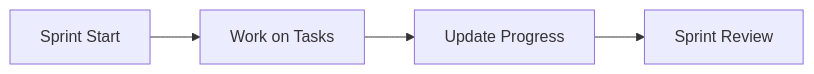
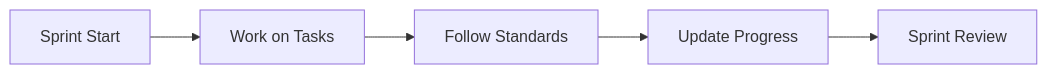
One commit to Pinotnoir25/project-foundation-framework changed the fourth of 4 diagrams in docs/README.md. Above: the diagram before and after it, drawn with Mermaid. The commit also changed other lines of this file and 76 other files, not shown here.

````diff
--- a/docs/README.md
+++ b/docs/README.md
@@ -51,6 +77,7 @@
 ```mermaid
 graph LR
     A[Sprint Start] --> B[Work on Tasks]
-    B --> C[Update Progress]
-    C --> D[Sprint Review]
+    B --> C[Follow Standards]
+    C --> D[Update Progress]
+    D --> E[Sprint Review]
 ```
````
